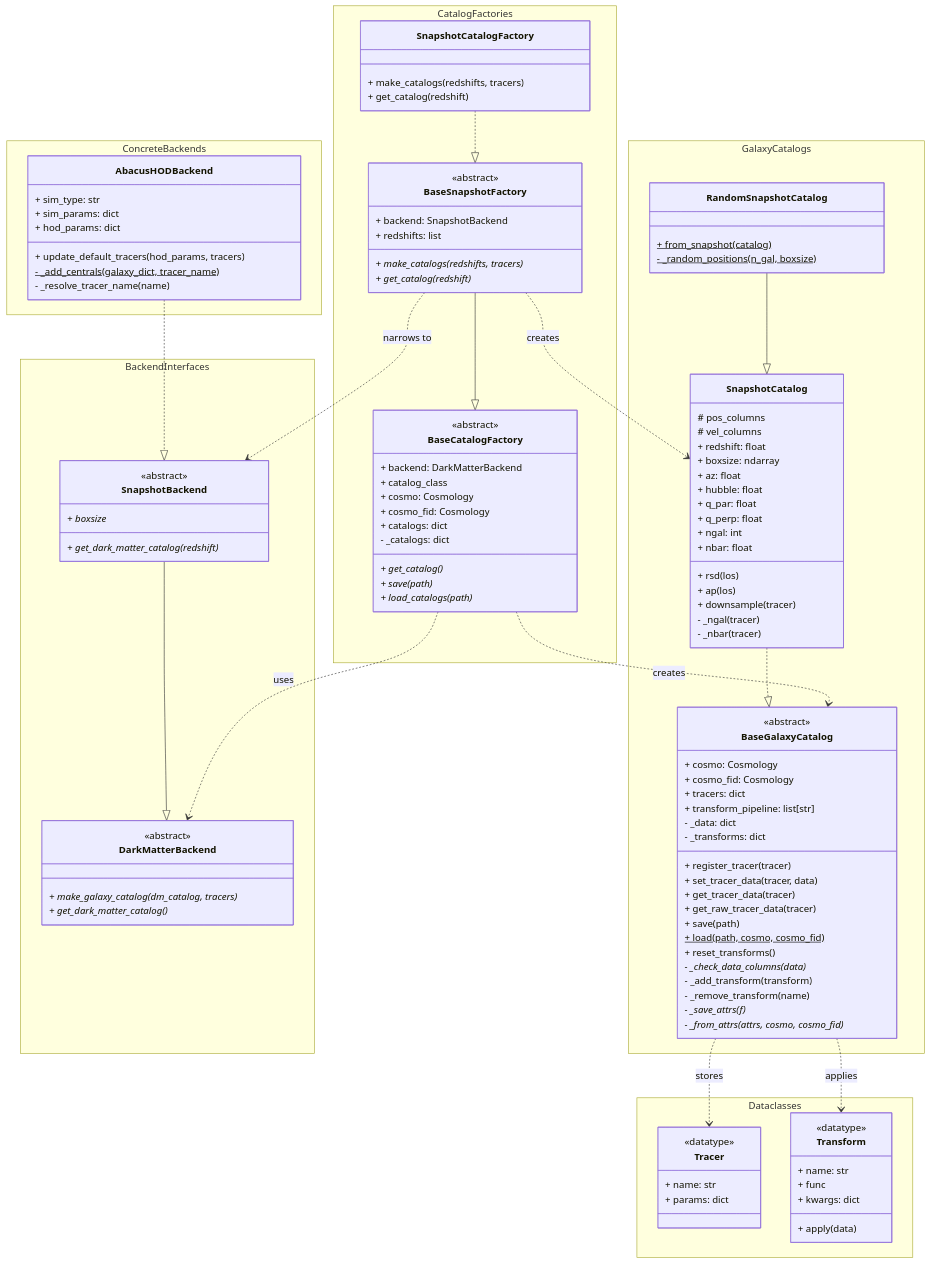
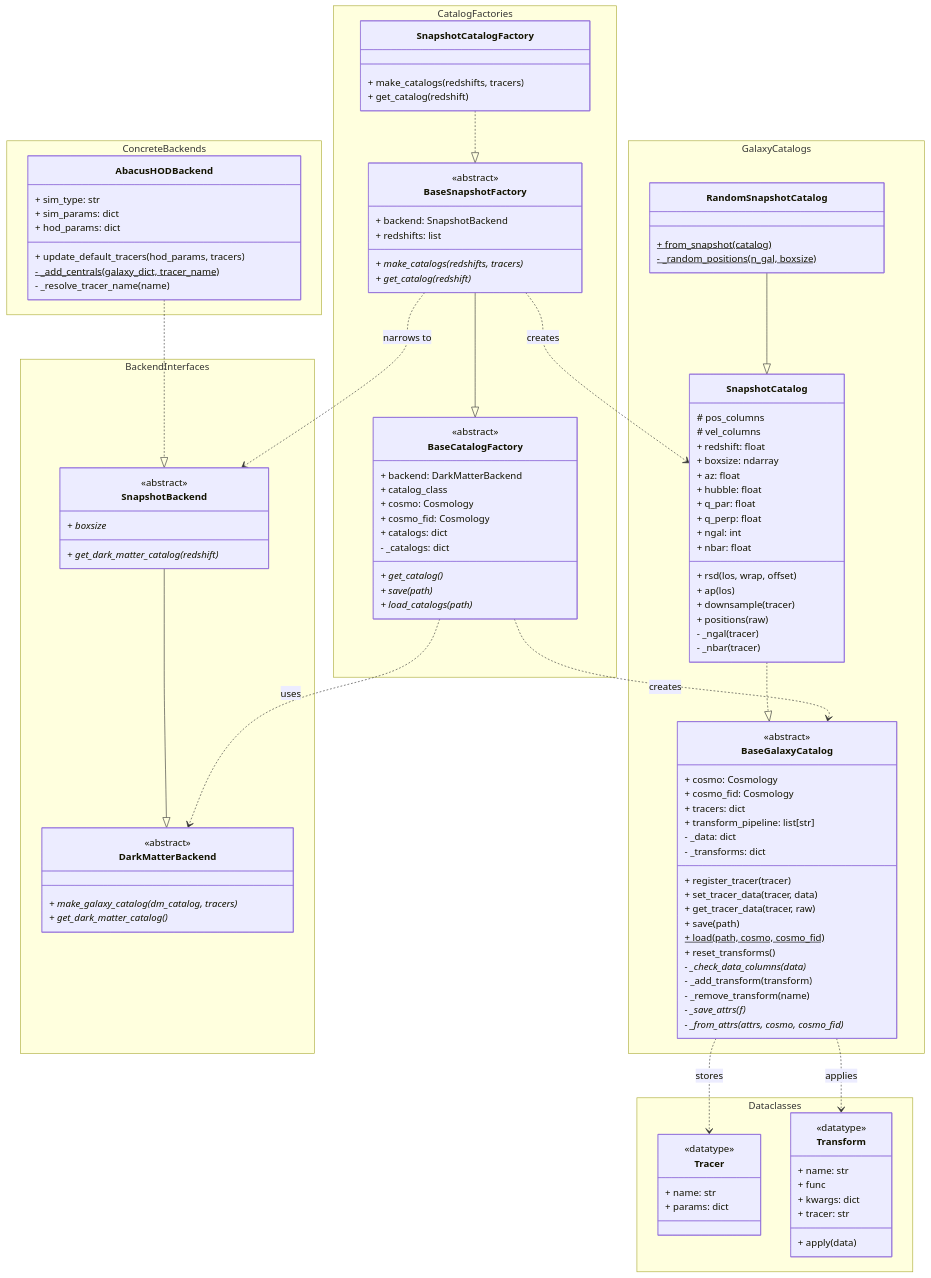
One commit to epaillas/acm changed the diagram in acm/catalogs/README.md. Above: the diagram before and after it, drawn with Mermaid.

Commit message:
fix: update catalog module README mermaid diagram

```diff
--- a/acm/catalogs/README.md
+++ b/acm/catalogs/README.md
@@ -13,6 +13,7 @@
             + name: str
             + func
             + kwargs: dict
+            + tracer: str
             + apply(data)
         }
     }
@@ -82,8 +83,7 @@
             - _transforms: dict
             + register_tracer(tracer)
             + set_tracer_data(tracer, data)
-            + get_tracer_data(tracer)
-            + get_raw_tracer_data(tracer)
+            + get_tracer_data(tracer, raw)
             + save(path)
             + load(path, cosmo, cosmo_fid)$
             + reset_transforms()
@@ -104,9 +104,10 @@
             + q_perp: float
             + ngal: int
             + nbar: float
-            + rsd(los)
+            + rsd(los, wrap, offset)
             + ap(los)
             + downsample(tracer)
+            + positions(raw)
             - _ngal(tracer)
             - _nbar(tracer)
         }
```
